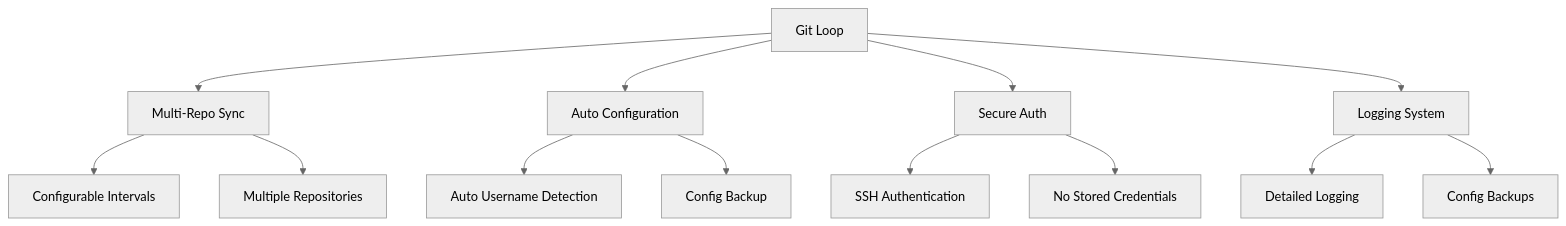
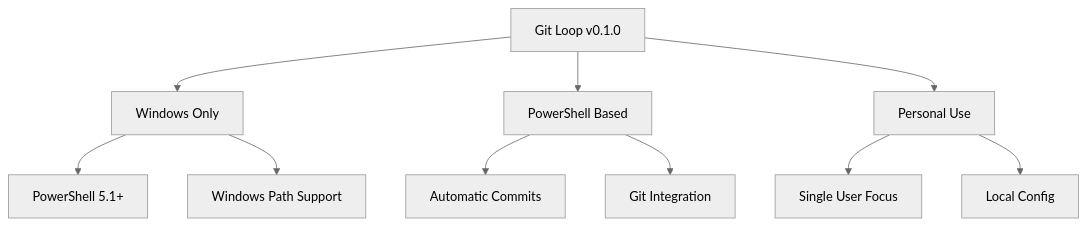
The first of 2 diagrams in README.md (ih8sirdavi/Git-Loop), drawn with Mermaid (neutral theme) before and after one commit. The commit also changed other lines of this file, not shown here.

Commit message:
Auto-commit: Local changes

````diff
--- a/README.md
+++ b/README.md
@@ -12,19 +15,15 @@
 ```mermaid
 graph TD
-    A[Git Loop] --> B[Multi-Repo Sync]
-    A --> C[Auto Configuration]
-    A --> D[Secure Auth]
-    A --> E[Logging System]
+    A[Git Loop v0.1.0] --> B[Windows Only]
+    A --> C[PowerShell Based]
+    A --> D[Personal Use]
     
-    B --> B1[Configurable Intervals]
-    B --> B2[Multiple Repositories]
+    B --> B1[PowerShell 5.1+]
+    B --> B2[Windows Path Support]
     
-    C --> C1[Auto Username Detection]
-    C --> C2[Config Backup]
+    C --> C1[Automatic Commits]
+    C --> C2[Git Integration]
     
-    D --> D1[SSH Authentication]
-    D --> D2[No Stored Credentials]
-    
-    E --> E1[Detailed Logging]
-    E --> E2[Config Backups]
+    D --> D1[Single User Focus]
+    D --> D2[Local Config]
 ```
````
